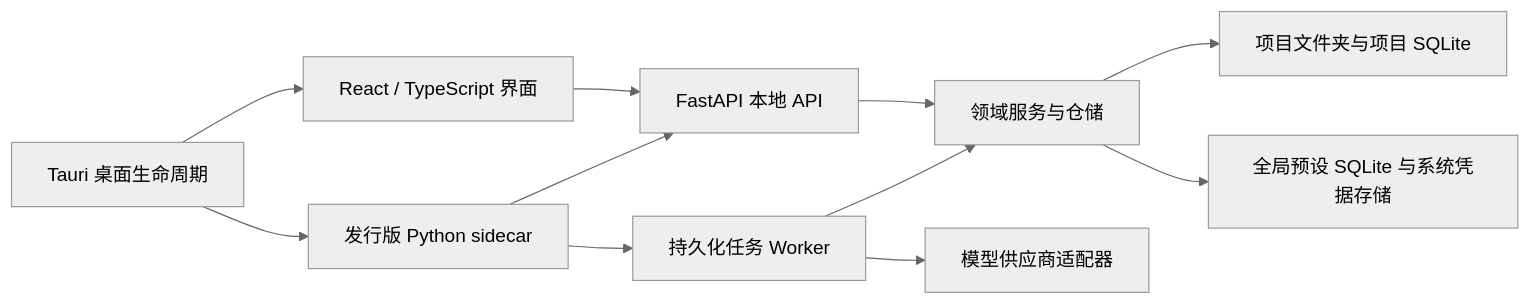
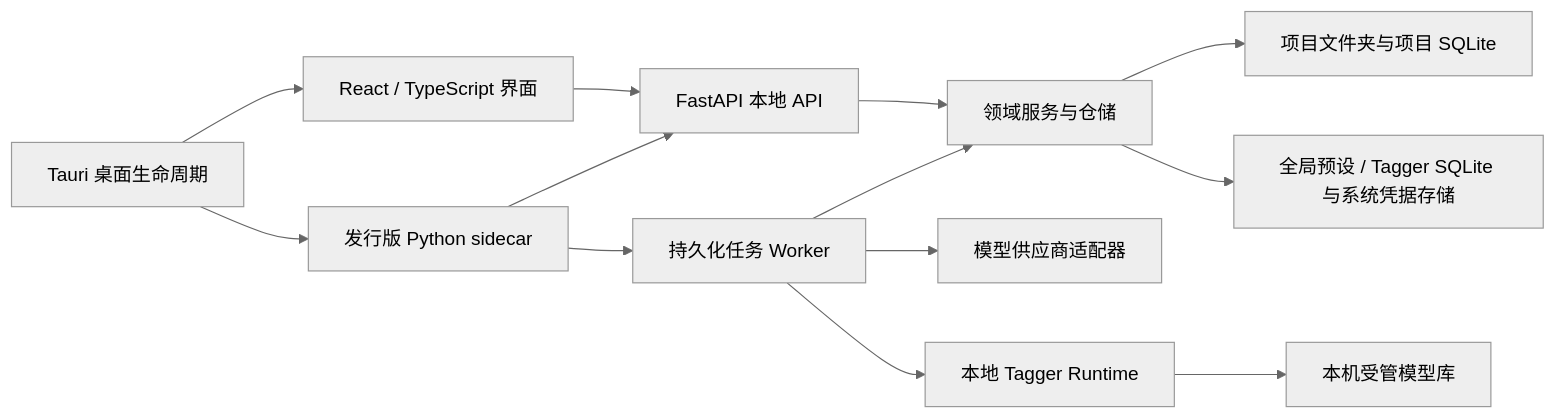
Before and after one commit to Xuness/dataset-annotation-studio: the diagram in docs/architecture.md, drawn with Mermaid (neutral theme). The commit also changed other lines of this file and 55 other files, not shown here.

````diff
--- a/docs/architecture.md
+++ b/docs/architecture.md
@@ -14,13 +14,15 @@
 ```mermaid
 flowchart LR
     UI["React / TypeScript 界面"] --> API["FastAPI 本地 API"]
     API --> Core["领域服务与仓储"]
     Worker["持久化任务 Worker"] --> Core
     Worker --> Provider["模型供应商适配器"]
+    Worker --> Tagger["本地 Tagger Runtime"]
     Core --> Project["项目文件夹与项目 SQLite"]
-    Core --> Global["全局预设 SQLite 与系统凭据存储"]
+    Core --> Global["全局预设 / Tagger SQLite 与系统凭据存储"]
+    Tagger --> ModelLibrary["本机受管模型库"]
     Tauri["Tauri 桌面生命周期"] --> UI
     Tauri --> Sidecar["发行版 Python sidecar"]
     Sidecar --> API
     Sidecar --> Worker
 ```
````
